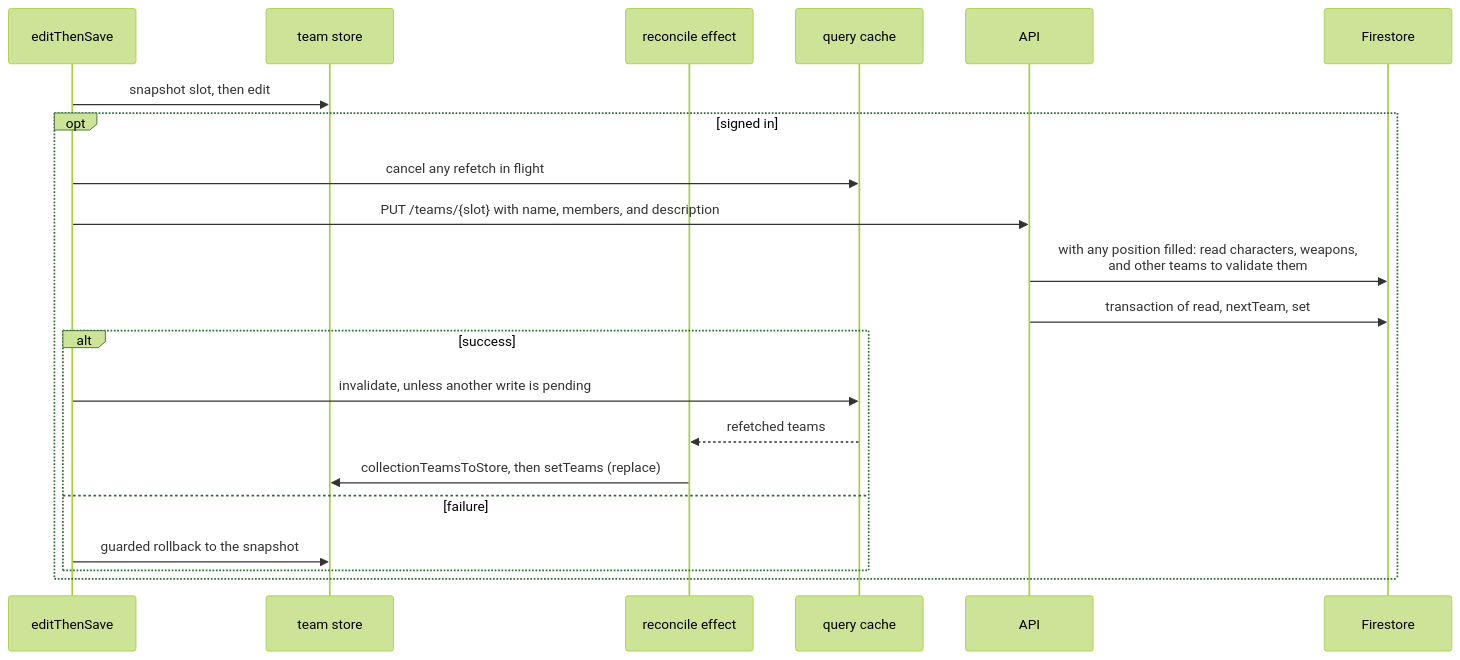
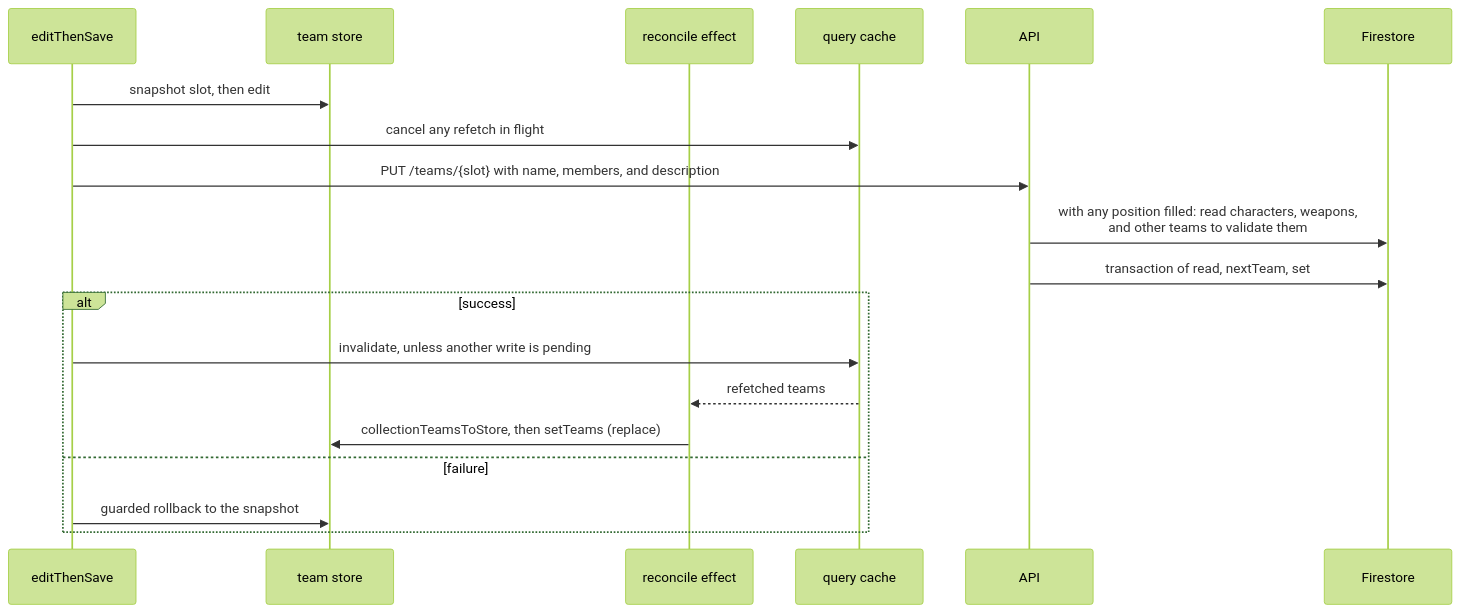
One commit to dungeon-studio/genshin.dungeon.studio changed the third of 4 diagrams in docs/reference/data-flow-write-paths.md. Above: the diagram before and after it, drawn with Mermaid (forest theme). The commit also changed other lines of this file and 12 other files, not shown here.

````diff
--- a/docs/reference/data-flow-write-paths.md
+++ b/docs/reference/data-flow-write-paths.md
@@ -133,24 +134,22 @@
 ```mermaid
 sequenceDiagram
   participant Hook as editThenSave
   participant Store as team store
   participant Reconcile as reconcile effect
   participant Cache as query cache
   participant API as API
   participant FS as Firestore
 
   Hook->>Store: snapshot slot, then edit
-  opt signed in
-    Hook->>Cache: cancel any refetch in flight
-    Hook->>API: PUT /teams/{slot} with name, members, and description
-    API->>FS: with any position filled: read characters, weapons,<br>and other teams to validate them
-    API->>FS: transaction of read, nextTeam, set
-    alt success
-      Hook->>Cache: invalidate, unless another write is pending
-      Cache-->>Reconcile: refetched teams
-      Reconcile->>Store: collectionTeamsToStore, then setTeams (replace)
-    else failure
-      Hook->>Store: guarded rollback to the snapshot
-    end
+  Hook->>Cache: cancel any refetch in flight
+  Hook->>API: PUT /teams/{slot} with name, members, and description
+  API->>FS: with any position filled: read characters, weapons,<br>and other teams to validate them
+  API->>FS: transaction of read, nextTeam, set
+  alt success
+    Hook->>Cache: invalidate, unless another write is pending
+    Cache-->>Reconcile: refetched teams
+    Reconcile->>Store: collectionTeamsToStore, then setTeams (replace)
+  else failure
+    Hook->>Store: guarded rollback to the snapshot
   end
 ```
````
